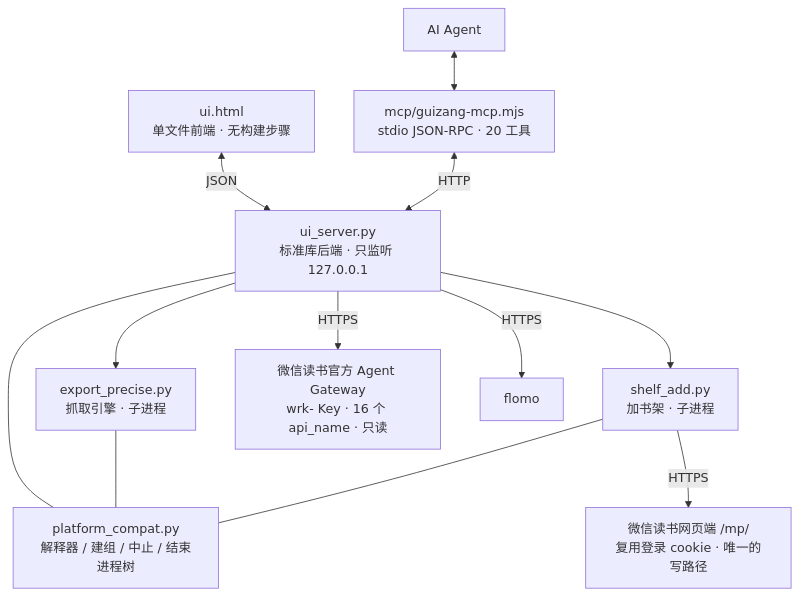
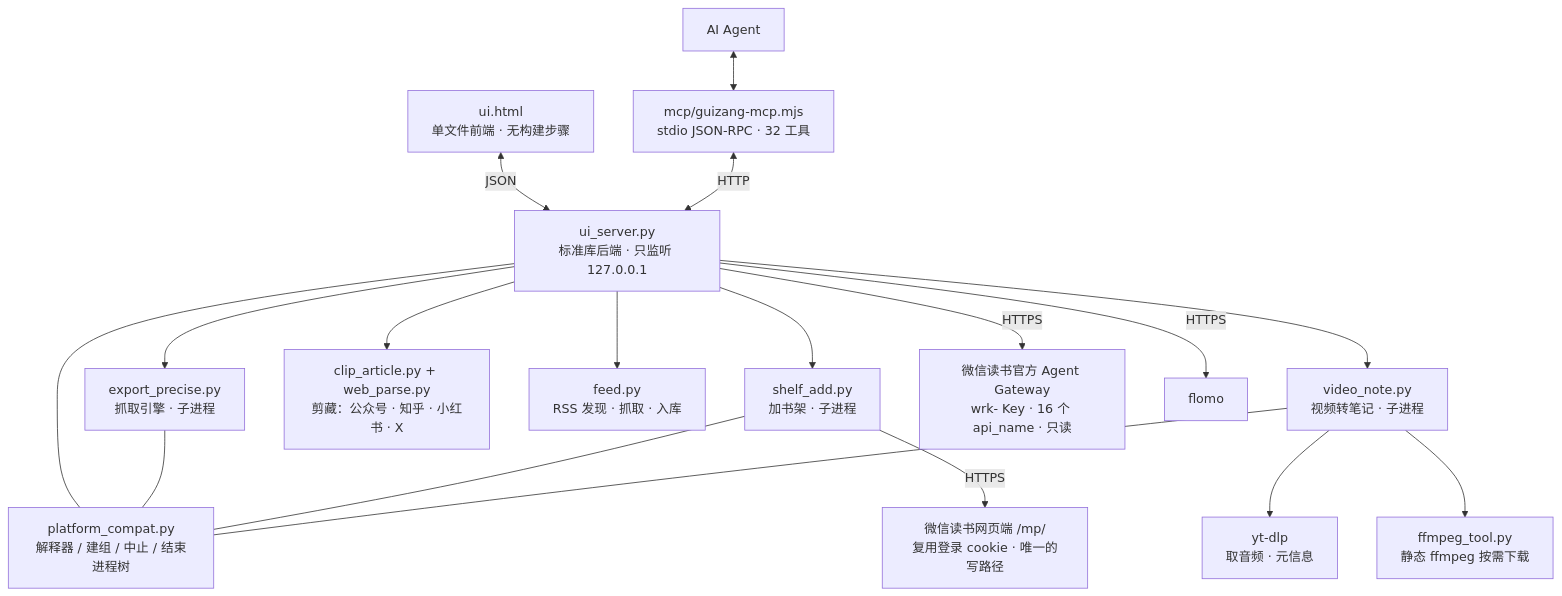
Before and after one commit to KEQingFeng/weread-guizang: the second of 2 diagrams in README.md, drawn with Mermaid. The commit also changed other lines of this file and 24 other files, not shown here.

First line of the commit message:
归藏 0.9.9：知乎/小红书/X 解析 + RSS 订阅 + 视频转笔记（ASR/总结/导图）

````diff
--- a/README.md
+++ b/README.md
@@ -233,25 +272,36 @@
 ```mermaid
 flowchart TB
   UI[ui.html<br/>单文件前端 · 无构建步骤]
   S[ui_server.py<br/>标准库后端 · 只监听 127.0.0.1]
   E[export_precise.py<br/>抓取引擎 · 子进程]
   SA[shelf_add.py<br/>加书架 · 子进程]
+  CL[clip_article.py + web_parse.py<br/>剪藏：公众号 · 知乎 · 小红书 · X]
+  FS[feed.py<br/>RSS 发现 · 抓取 · 入库]
+  VN[video_note.py<br/>视频转笔记 · 子进程]
+  FF[ffmpeg_tool.py<br/>静态 ffmpeg 按需下载]
+  YT[yt-dlp<br/>取音频 · 元信息]
   WG[微信读书官方 Agent Gateway<br/>wrk- Key · 16 个 api_name · 只读]
   WP[微信读书网页端 /mp/<br/>复用登录 cookie · 唯一的写路径]
   FL[flomo]
   PC[platform_compat.py<br/>解释器 / 建组 / 中止 / 结束进程树]
-  M[mcp/guizang-mcp.mjs<br/>stdio JSON-RPC · 20 工具]
+  M[mcp/guizang-mcp.mjs<br/>stdio JSON-RPC · 32 工具]
   AG[AI Agent]
 
   UI <-->|JSON| S
   S --> E
   S --> SA
+  S --> CL
+  S --> FS
+  S --> VN
   S -->|HTTPS| WG
   SA -->|HTTPS| WP
   S -->|HTTPS| FL
   S --- PC
   E --- PC
   SA --- PC
+  VN --- PC
+  VN --> YT
+  VN --> FF
   M <-->|HTTP| S
   AG <--> M
 ```
````
